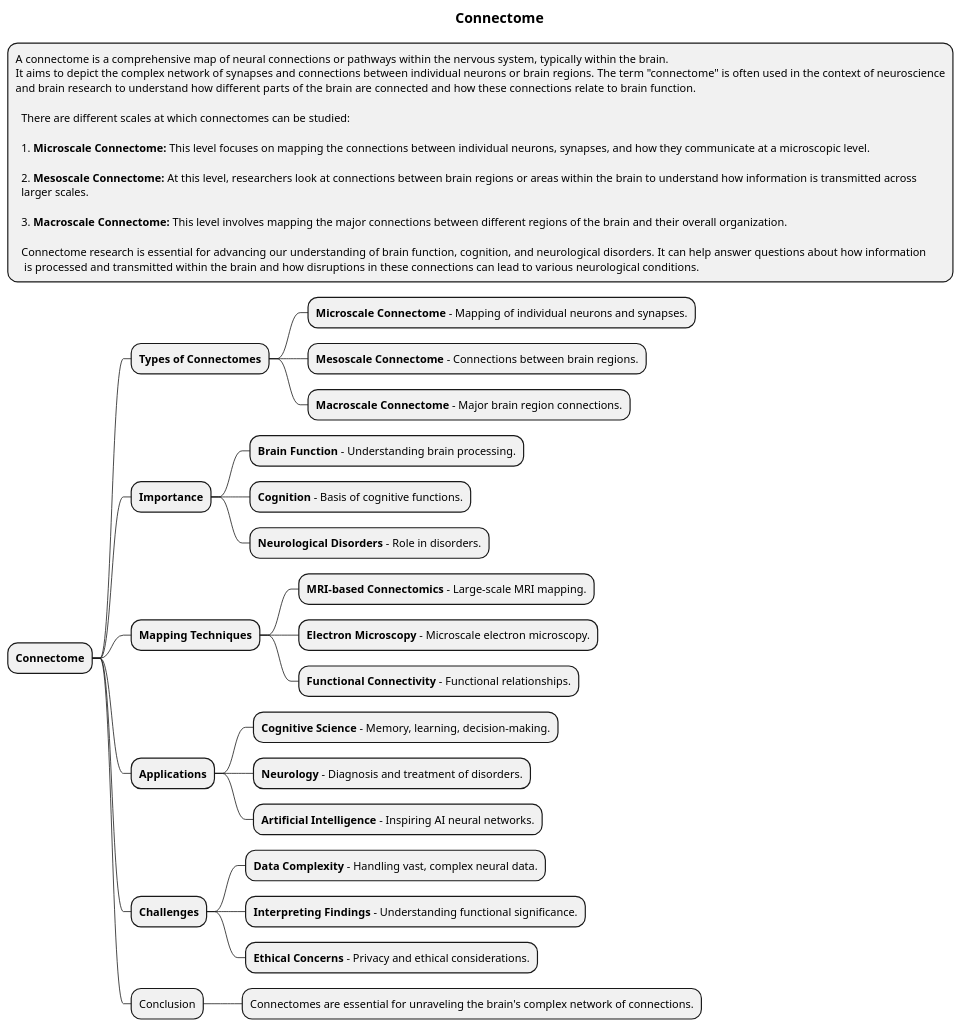
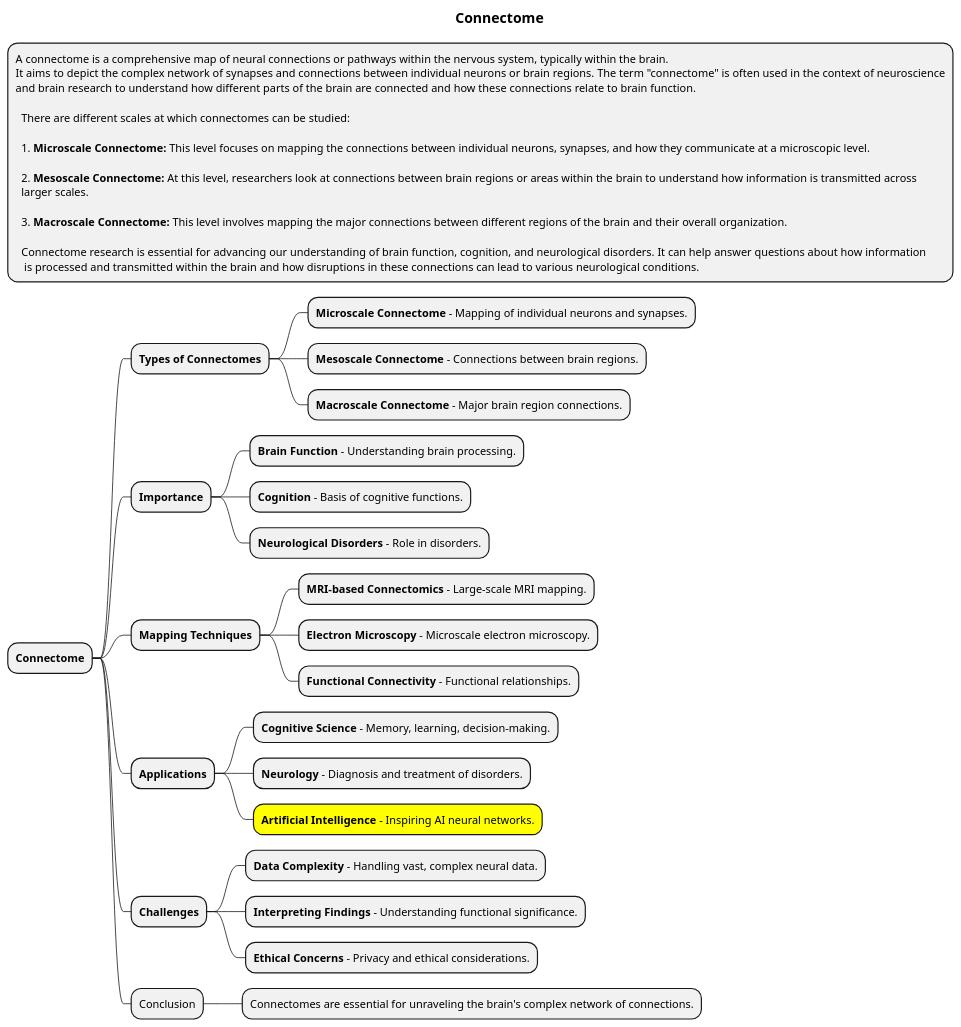
The diagram in docs/AI-ML- DL-Data-Science-and-BigData/machine-learning-ML/3-deep-learning-DL/Connectome.puml (MehmoodHashmi/Documentation-as-Code-DaC), drawn with PlantUML before and after one commit.

```diff
--- a/docs/AI-ML- DL-Data-Science-and-BigData/machine-learning-ML/3-deep-learning-DL/Connectome.puml
+++ b/docs/AI-ML- DL-Data-Science-and-BigData/machine-learning-ML/3-deep-learning-DL/Connectome.puml
@@ -1,47 +1,47 @@
 @startmindmap
 title =Connectome
 *:A connectome is a comprehensive map of neural connections or pathways within the nervous system, typically within the brain.
 It aims to depict the complex network of synapses and connections between individual neurons or brain regions. The term "connectome" is often used in the context of neuroscience
 and brain research to understand how different parts of the brain are connected and how these connections relate to brain function.
 
   There are different scales at which connectomes can be studied:
 
   1. **Microscale Connectome:** This level focuses on mapping the connections between individual neurons, synapses, and how they communicate at a microscopic level.
 
   2. **Mesoscale Connectome:** At this level, researchers look at connections between brain regions or areas within the brain to understand how information is transmitted across
   larger scales.
 
   3. **Macroscale Connectome:** This level involves mapping the major connections between different regions of the brain and their overall organization.
 
   Connectome research is essential for advancing our understanding of brain function, cognition, and neurological disorders. It can help answer questions about how information
    is processed and transmitted within the brain and how disruptions in these connections can lead to various neurological conditions.;
 
 * **Connectome**
 ** **Types of Connectomes**
 *** **Microscale Connectome** - Mapping of individual neurons and synapses.
 *** **Mesoscale Connectome** - Connections between brain regions.
 *** **Macroscale Connectome** - Major brain region connections.
 
 ** **Importance**
 *** **Brain Function** - Understanding brain processing.
 *** **Cognition** - Basis of cognitive functions.
 *** **Neurological Disorders** - Role in disorders.
 
 ** **Mapping Techniques**
 *** **MRI-based Connectomics** - Large-scale MRI mapping.
 *** **Electron Microscopy** - Microscale electron microscopy.
 *** **Functional Connectivity** - Functional relationships.
 
 ** **Applications**
 *** **Cognitive Science** - Memory, learning, decision-making.
 *** **Neurology** - Diagnosis and treatment of disorders.
-*** **Artificial Intelligence** - Inspiring AI neural networks.
+***[#yellow] **Artificial Intelligence** - Inspiring AI neural networks.
 
 ** **Challenges**
 *** **Data Complexity** - Handling vast, complex neural data.
 *** **Interpreting Findings** - Understanding functional significance.
 *** **Ethical Concerns** - Privacy and ethical considerations.
 
 ** Conclusion
 *** Connectomes are essential for unraveling the brain's complex network of connections.
 @endmindmap
```
